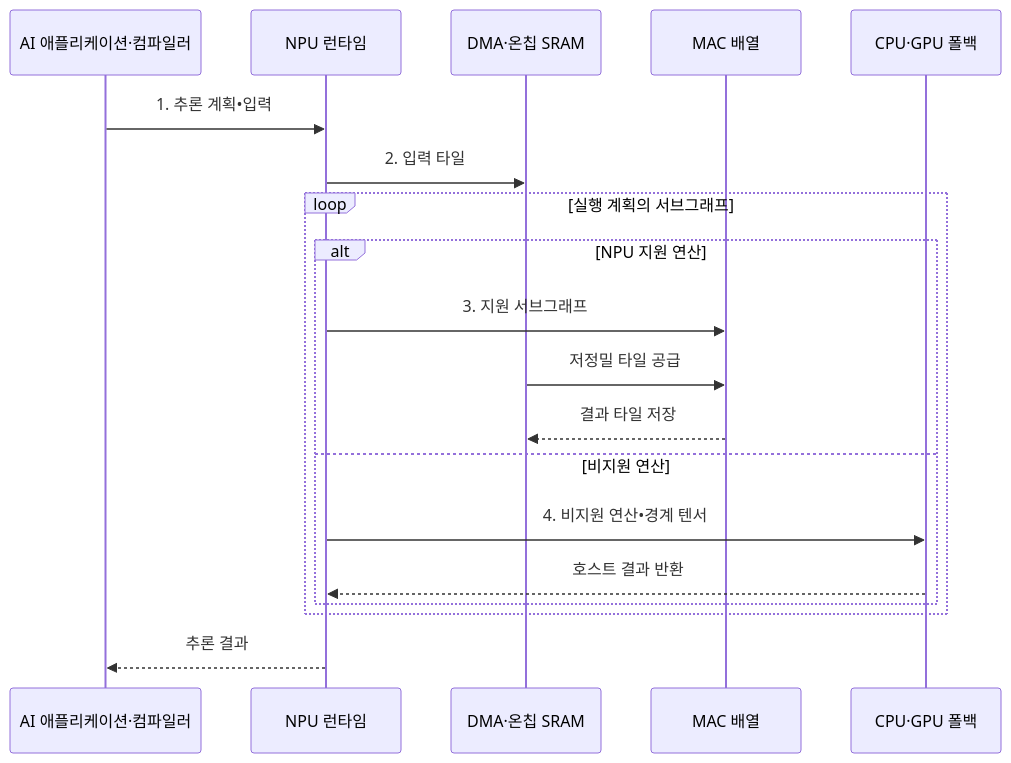
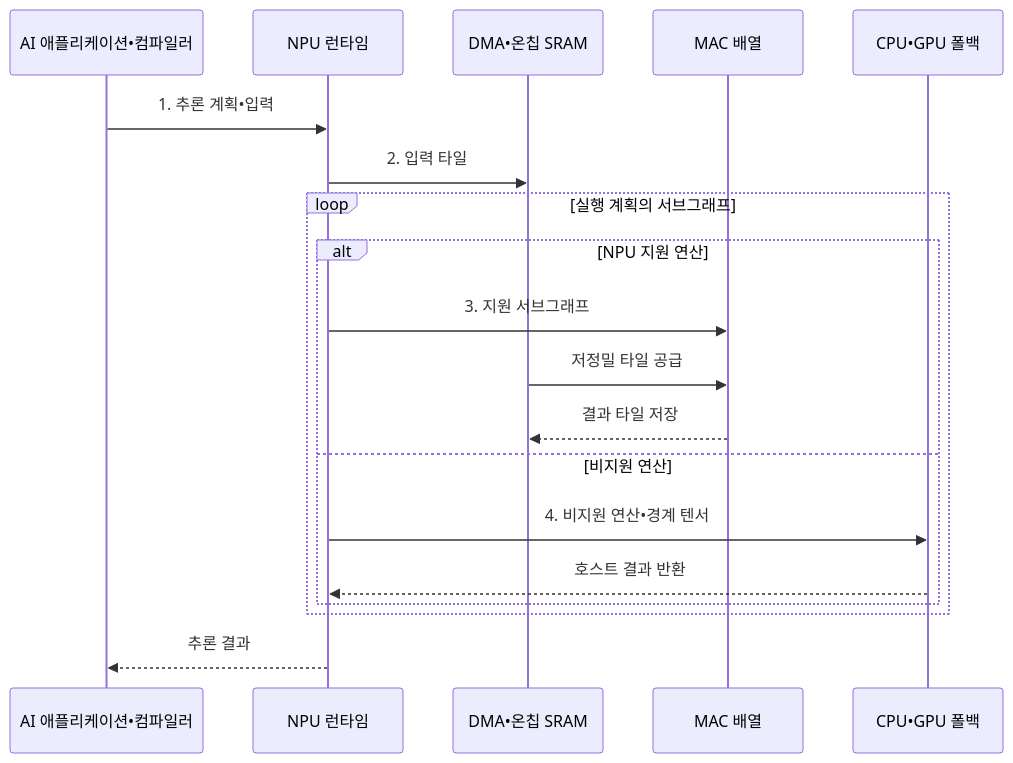
Before and after one commit to agnusdei1207/knowledge-base: the second of 2 diagrams in src/content/docs/notes/02-hardware/044_neural_processing_unit.md, drawn with Mermaid. The commit also changed other lines of this file and 953 other files, not shown here.

````diff
--- a/src/content/docs/notes/02-hardware/044_neural_processing_unit.md
+++ b/src/content/docs/notes/02-hardware/044_neural_processing_unit.md
@@ -107,22 +107,22 @@
 ```mermaid
 sequenceDiagram
-    participant A as AI 애플리케이션·컴파일러
+    participant A as AI 애플리케이션•컴파일러
     participant R as NPU 런타임
-    participant M as DMA·온칩 SRAM
+    participant M as DMA•온칩 SRAM
     participant N as MAC 배열
-    participant H as CPU·GPU 폴백
+    participant H as CPU•GPU 폴백
 
     A->>R: 1. 추론 계획•입력
     R->>M: 2. 입력 타일
     loop 실행 계획의 서브그래프
         alt NPU 지원 연산
             R->>N: 3. 지원 서브그래프
             M->>N: 저정밀 타일 공급
             N-->>M: 결과 타일 저장
         else 비지원 연산
             R->>H: 4. 비지원 연산•경계 텐서
             H-->>R: 호스트 결과 반환
         end
     end
     R-->>A: 추론 결과
 ```
````
